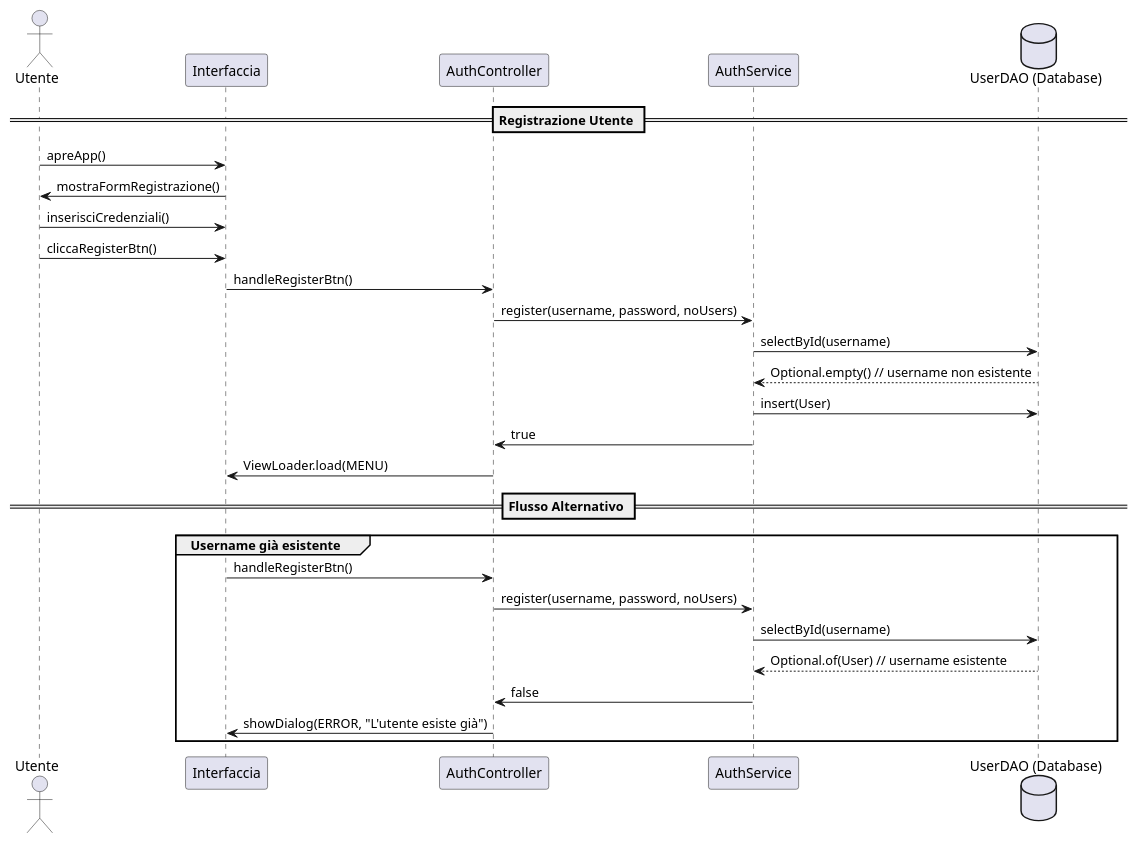
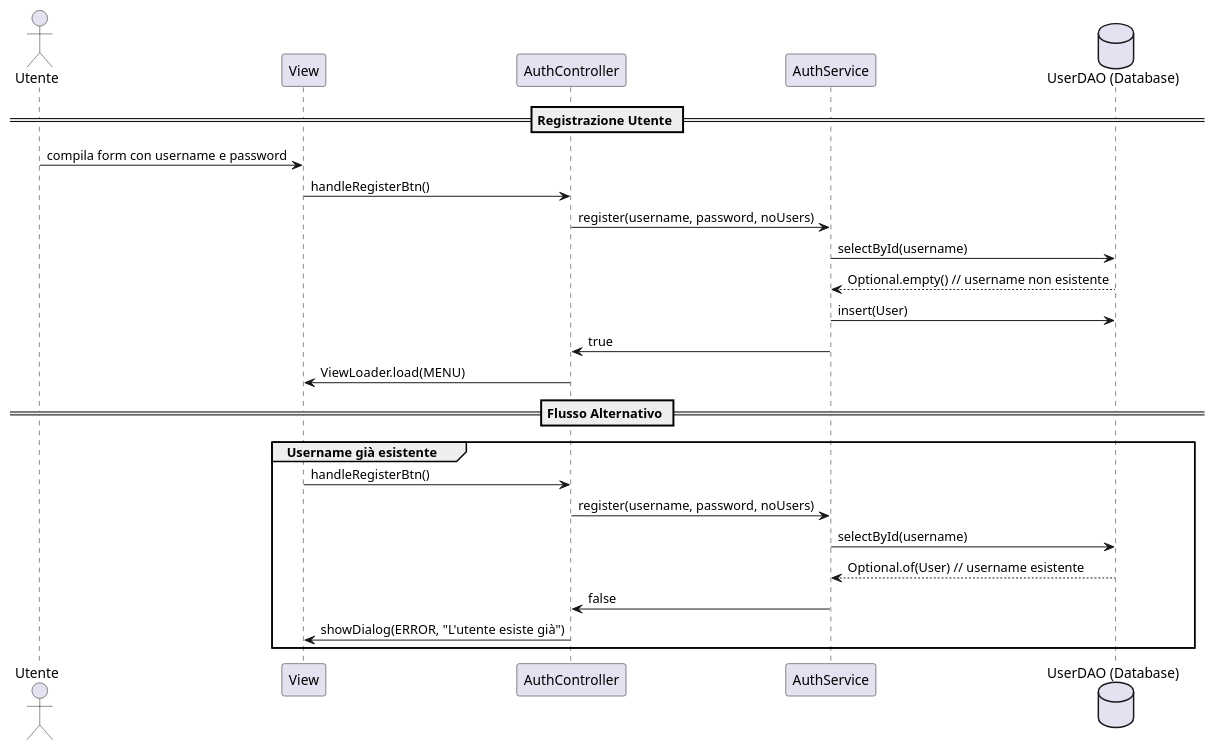
Before and after one commit to Bg735/Wordageddon-Gruppo_16: the diagram in docs/Diagrammi di Sequenza/registration.puml, drawn with PlantUML. The commit also changed 1 other file, not shown here.

```diff
--- a/docs/Diagrammi di Sequenza/registration.puml
+++ b/docs/Diagrammi di Sequenza/registration.puml
@@ -1,34 +1,29 @@
 @startuml
 actor Utente
-participant "Interfaccia" as UI
+participant "View" as UI
 participant "AuthController" as Controller
 participant "AuthService" as Service
 database "UserDAO (Database)" as DB
 
 == Registrazione Utente ==
-
-Utente -> UI : apreApp()
-UI -> Utente : mostraFormRegistrazione()
-
-Utente -> UI : inserisciCredenziali()
-Utente -> UI : cliccaRegisterBtn()
+Utente -> UI : compila form con username e password
 
 UI -> Controller : handleRegisterBtn()
 Controller -> Service : register(username, password, noUsers)
 Service -> DB : selectById(username)
 DB --> Service : Optional.empty() // username non esistente
 Service -> DB : insert(User)
 Service -> Controller : true
 Controller -> UI : ViewLoader.load(MENU)
 
 == Flusso Alternativo ==
 group Username già esistente
 UI -> Controller : handleRegisterBtn()
 Controller -> Service : register(username, password, noUsers)
 Service -> DB : selectById(username)
 DB --> Service : Optional.of(User) // username esistente
 Service -> Controller : false
 Controller -> UI : showDialog(ERROR, "L'utente esiste già")
 end
 
 @enduml
```
